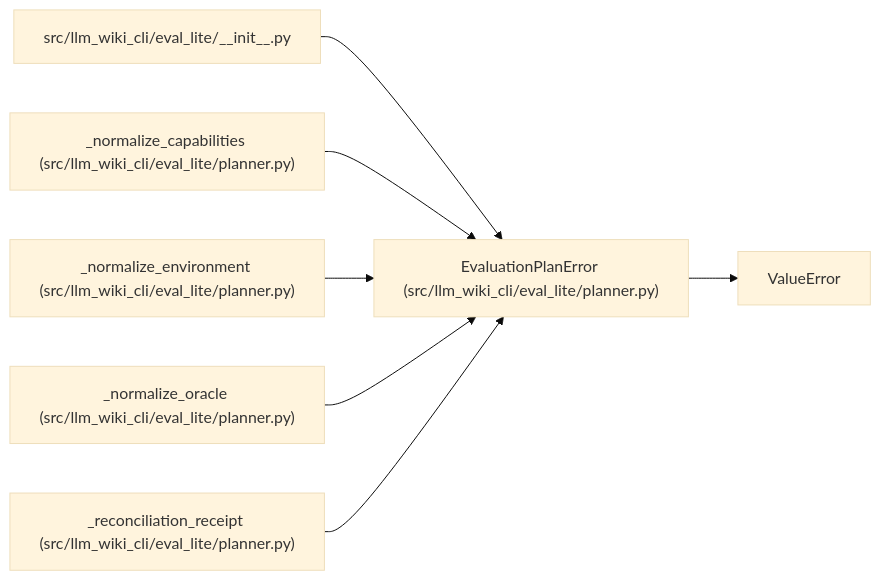
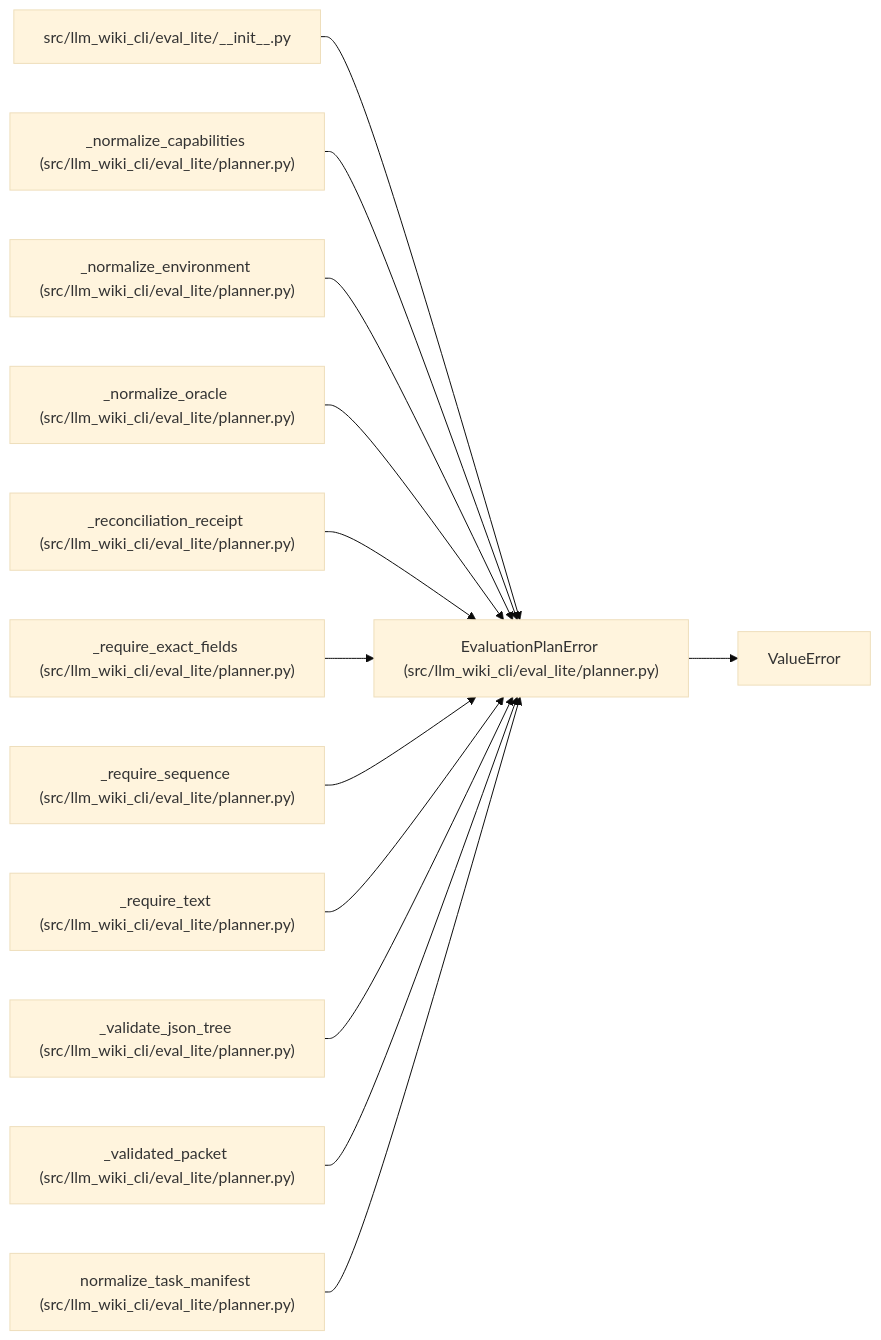
The diagram in docs/llm_wiki/entities/EvaluationPlanError.md (Denissvgn/python-wiki-llm), drawn with Mermaid (base theme) before and after one commit. The commit also changed other lines of this file and 493 other files, not shown here.

````diff
--- a/docs/llm_wiki/entities/EvaluationPlanError.md
+++ b/docs/llm_wiki/entities/EvaluationPlanError.md
@@ -25,22 +25,40 @@
 ```mermaid
 flowchart LR
     n0["EvaluationPlanError (src/llm_wiki_cli/eval_lite/planner.py)"]
     n1["ValueError"]
     n2["src/llm_wiki_cli/eval_lite/__init__.py"]
     n3["_normalize_capabilities (src/llm_wiki_cli/eval_lite/planner.py)"]
     n4["_normalize_environment (src/llm_wiki_cli/eval_lite/planner.py)"]
     n5["_normalize_oracle (src/llm_wiki_cli/eval_lite/planner.py)"]
     n6["_reconciliation_receipt (src/llm_wiki_cli/eval_lite/planner.py)"]
+    n7["_require_exact_fields (src/llm_wiki_cli/eval_lite/planner.py)"]
+    n8["_require_sequence (src/llm_wiki_cli/eval_lite/planner.py)"]
+    n9["_require_text (src/llm_wiki_cli/eval_lite/planner.py)"]
+    n10["_validate_json_tree (src/llm_wiki_cli/eval_lite/planner.py)"]
+    n11["_validated_packet (src/llm_wiki_cli/eval_lite/planner.py)"]
+    n12["normalize_task_manifest (src/llm_wiki_cli/eval_lite/planner.py)"]
     n0 --> n1
     n2 --> n0
     n3 --> n0
     n4 --> n0
     n5 --> n0
     n6 --> n0
+    n7 --> n0
+    n8 --> n0
+    n9 --> n0
+    n10 --> n0
+    n11 --> n0
+    n12 --> n0
     click n0 "../modules/planner.md"
     click n2 "../modules/eval_lite___init__.md"
     click n3 "../modules/planner.md"
     click n4 "../modules/planner.md"
     click n5 "../modules/planner.md"
     click n6 "../modules/planner.md"
+    click n7 "../modules/planner.md"
+    click n8 "../modules/planner.md"
+    click n9 "../modules/planner.md"
+    click n10 "../modules/planner.md"
+    click n11 "../modules/planner.md"
+    click n12 "../modules/planner.md"
 ```
````
